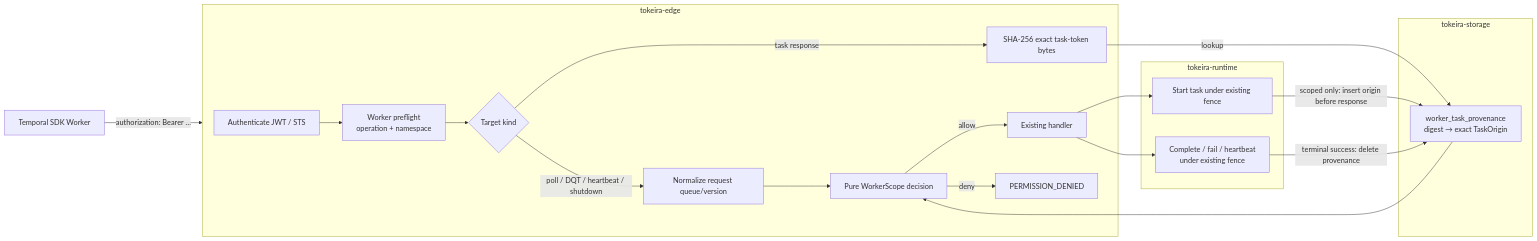
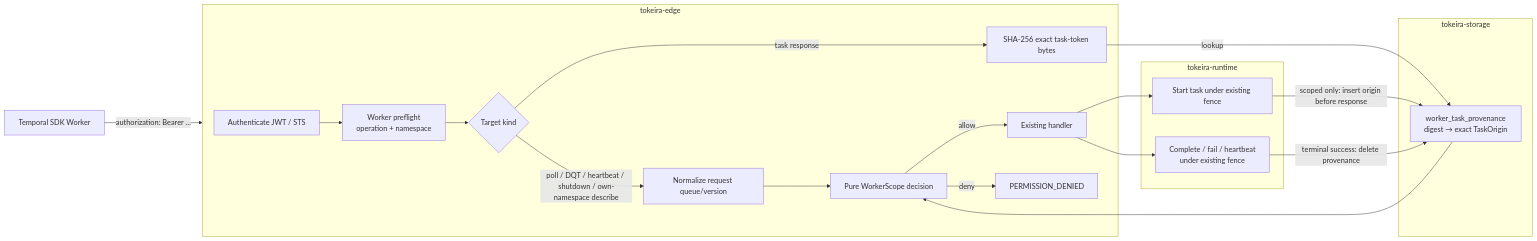
Before and after one commit to tokeira/tokeira: the diagram in .kiro/specs/scoped-worker-authorization/design.md, drawn with Mermaid. The commit also changed other lines of this file and 2 other files, not shown here.

````diff
--- a/.kiro/specs/scoped-worker-authorization/design.md
+++ b/.kiro/specs/scoped-worker-authorization/design.md
@@ -101,35 +107,35 @@
 ```mermaid
 flowchart LR
     SDK["Temporal SDK Worker"] -->|"authorization: Bearer …"| EDGE
 
     subgraph EDGE["tokeira-edge"]
         AUTHN["Authenticate JWT / STS"]
         PRE["Worker preflight<br/>operation + namespace"]
         TARGET{"Target kind"}
         REQ["Normalize request queue/version"]
         DIGEST["SHA-256 exact task-token bytes"]
         FINAL["Pure WorkerScope decision"]
         HANDLER["Existing handler"]
         DENY["PERMISSION_DENIED"]
         AUTHN --> PRE --> TARGET
-        TARGET -->|"poll / DQT / heartbeat / shutdown"| REQ --> FINAL
+        TARGET -->|"poll / DQT / heartbeat / shutdown / own-namespace describe"| REQ --> FINAL
         TARGET -->|"task response"| DIGEST
         FINAL -->|"allow"| HANDLER
         FINAL -->|"deny"| DENY
     end
 
     subgraph STORAGE["tokeira-storage"]
         PROV["worker_task_provenance<br/>digest → exact TaskOrigin"]
     end
 
     subgraph RUNTIME["tokeira-runtime"]
         START["Start task under existing fence"]
         APPLY["Complete / fail / heartbeat<br/>under existing fence"]
     end
 
     DIGEST -->|"lookup"| PROV --> FINAL
     HANDLER --> START
     START -->|"scoped only: insert origin before response"| PROV
     HANDLER --> APPLY
     APPLY -->|"terminal success: delete provenance"| PROV
 ```
````
